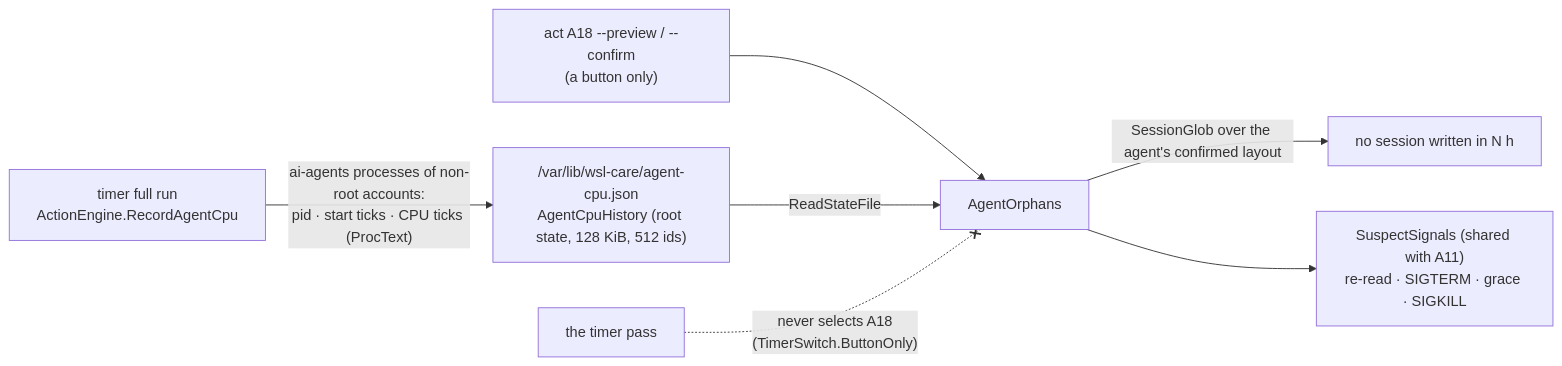
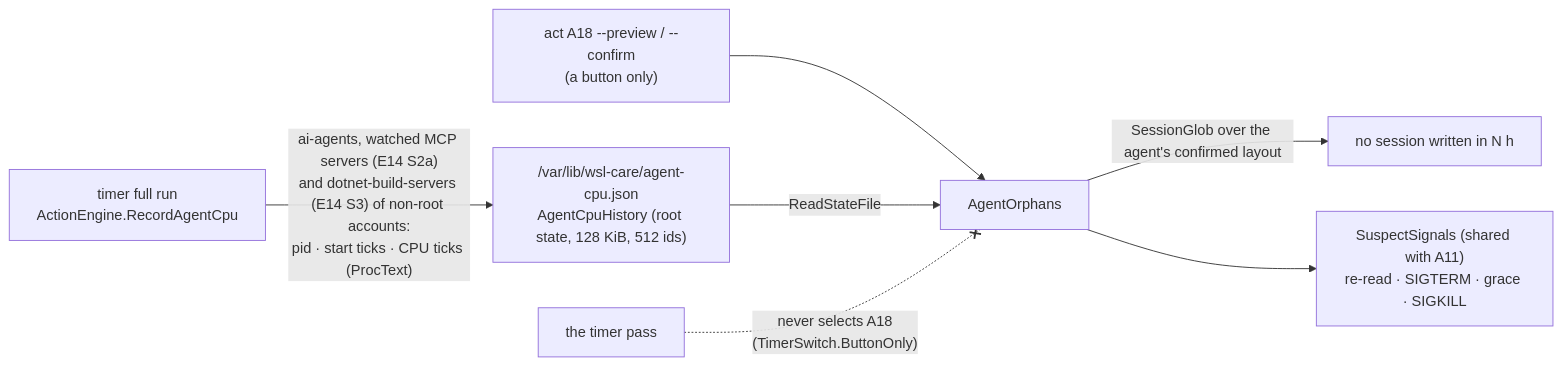
Before and after one commit to oleksandrdubyna88/wsl_care: diagram 24 of 30 in research/architecture.md, drawn with Mermaid. The commit also changed other lines of this file and 9 other files, not shown here.

````diff
--- a/research/architecture.md
+++ b/research/architecture.md
@@ -2383,9 +2383,9 @@
 ```mermaid
 flowchart LR
-    timer["timer full run<br/>ActionEngine.RecordAgentCpu"] -- "ai-agents processes of non-root accounts:<br/>pid · start ticks · CPU ticks (ProcText)" --> history["/var/lib/wsl-care/agent-cpu.json<br/>AgentCpuHistory (root state, 128 KiB, 512 ids)"]
+    timer["timer full run<br/>ActionEngine.RecordAgentCpu"] -- "ai-agents, watched MCP servers (E14 S2a)<br/>and dotnet-build-servers (E14 S3) of non-root accounts:<br/>pid · start ticks · CPU ticks (ProcText)" --> history["/var/lib/wsl-care/agent-cpu.json<br/>AgentCpuHistory (root state, 128 KiB, 512 ids)"]
     button["act A18 --preview / --confirm<br/>(a button only)"] --> a18["AgentOrphans"]
     history -- "ReadStateFile" --> a18
     a18 -- "SessionGlob over the agent's confirmed layout" --> sessions["no session written in N h"]
     a18 --> signals["SuspectSignals (shared with A11)<br/>re-read · SIGTERM · grace · SIGKILL"]
     timerpass["the timer pass"] -. "never selects A18<br/>(TimerSwitch.ButtonOnly)" .-x a18
 ```
````
